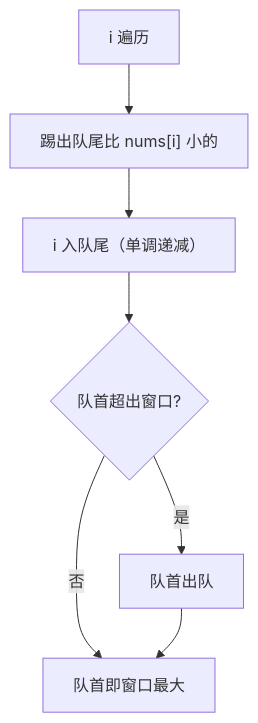
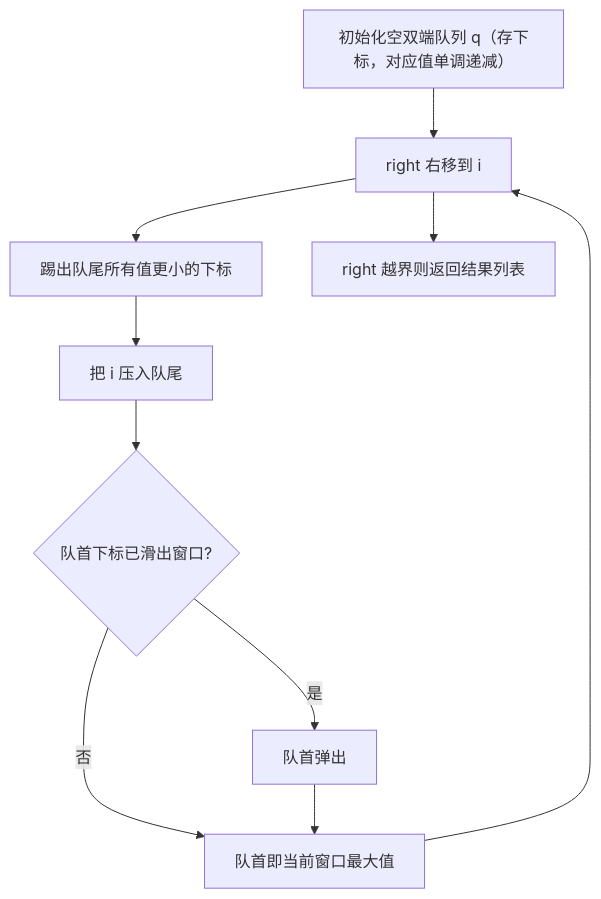
Before and after one commit to OctalZero/hot100-py: the first of 2 diagrams in 04-子串前缀和/0239-滑动窗口最大值.md, drawn with Mermaid. The commit also changed other lines of this file and 117 other files, not shown here.

First line of the commit message:
feat: 全题解配图升级为「动画式 mermaid」（总览骨架 + 横向时间线逐步推演）

````diff
--- a/04-子串前缀和/0239-滑动窗口最大值.md
+++ b/04-子串前缀和/0239-滑动窗口最大值.md
@@ -5,9 +5,12 @@
 ```mermaid
 flowchart TD
-    A["i 遍历"] --> B["踢出队尾比 nums[i] 小的"]
-    B --> C["i 入队尾（单调递减）"]
-    C --> D{"队首超出窗口?"}
-    D -- "是" --> E["队首出队"]
-    D -- "否" --> F["队首即窗口最大"]
-    E --> F
+    A["初始化空双端队列 q（存下标，对应值单调递减）"] --> B["right 右移到 i"]
+    B --> C["踢出队尾所有值更小的下标"]
+    C --> D["把 i 压入队尾"]
+    D --> E{"队首下标已滑出窗口?"}
+    E -->|"是"| F["队首弹出"]
+    E -->|"否"| G["队首即当前窗口最大值"]
+    F --> G
+    G --> B
+    B --> H["right 越界则返回结果列表"]
 ```
````
